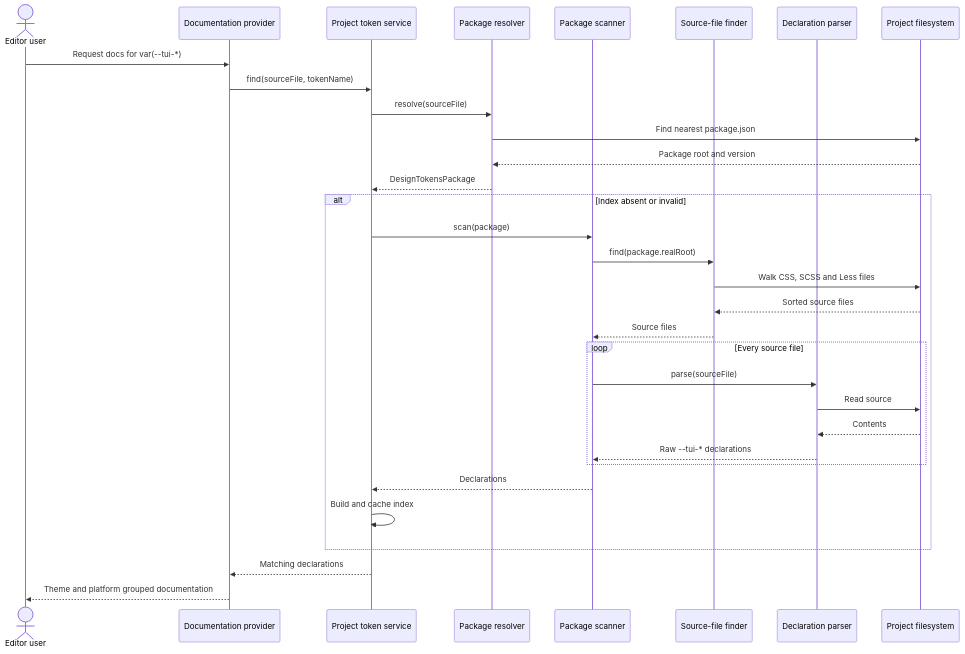
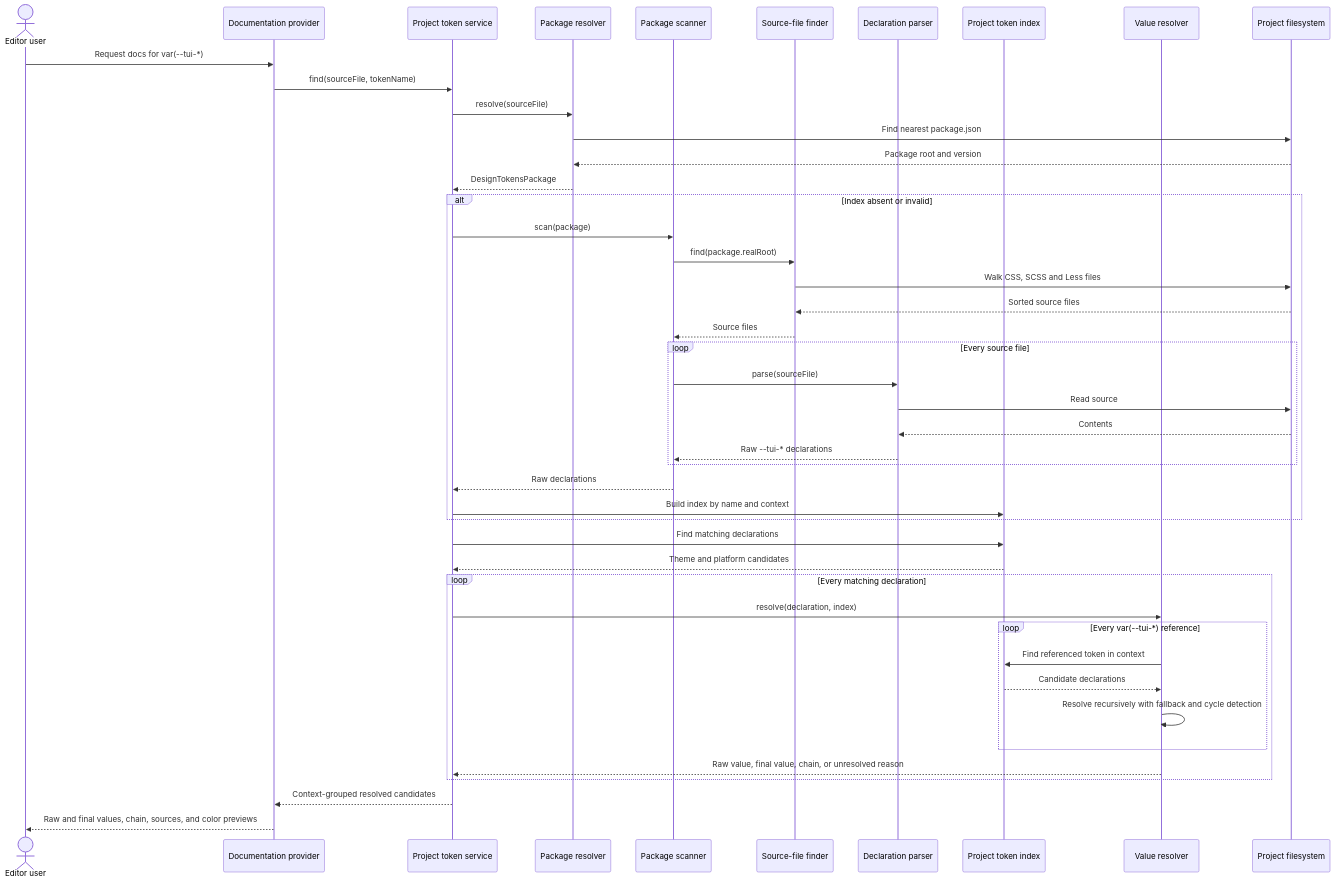
Before and after one commit to splincode-taiga-labs/taiga-design-tokens-plugin: the diagram in README.md, drawn with Mermaid. The commit also changed other lines of this file, not shown here.

Commit message:
docs: add value resolution to architecture

````diff
--- a/README.md
+++ b/README.md
@@ -31,39 +32,56 @@
 ```mermaid
 sequenceDiagram
     actor User as Editor user
     participant Docs as Documentation provider
     participant Service as Project token service
     participant Resolver as Package resolver
     participant Scanner as Package scanner
     participant Finder as Source-file finder
     participant Parser as Declaration parser
+    participant Index as Project token index
+    participant Values as Value resolver
     participant FS as Project filesystem
 
     User->>Docs: Request docs for var(--tui-*)
     Docs->>Service: find(sourceFile, tokenName)
     Service->>Resolver: resolve(sourceFile)
     Resolver->>FS: Find nearest package.json
     FS-->>Resolver: Package root and version
     Resolver-->>Service: DesignTokensPackage
 
     alt Index absent or invalid
         Service->>Scanner: scan(package)
         Scanner->>Finder: find(package.realRoot)
         Finder->>FS: Walk CSS, SCSS and Less files
         FS-->>Finder: Sorted source files
         Finder-->>Scanner: Source files
 
         loop Every source file
             Scanner->>Parser: parse(sourceFile)
             Parser->>FS: Read source
             FS-->>Parser: Contents
             Parser-->>Scanner: Raw --tui-* declarations
         end
 
-        Scanner-->>Service: Declarations
-        Service->>Service: Build and cache index
+        Scanner-->>Service: Raw declarations
+        Service->>Index: Build index by name and context
     end
 
-    Service-->>Docs: Matching declarations
-    Docs-->>User: Theme and platform grouped documentation
+    Service->>Index: Find matching declarations
+    Index-->>Service: Theme and platform candidates
+
+    loop Every matching declaration
+        Service->>Values: resolve(declaration, index)
+
+        loop Every var(--tui-*) reference
+            Values->>Index: Find referenced token in context
+            Index-->>Values: Candidate declarations
+            Values->>Values: Resolve recursively with fallback and cycle detection
+        end
+
+        Values-->>Service: Raw value, final value, chain, or unresolved reason
+    end
+
+    Service-->>Docs: Context-grouped resolved candidates
+    Docs-->>User: Raw and final values, chain, sources, and color previews
 ```
````
